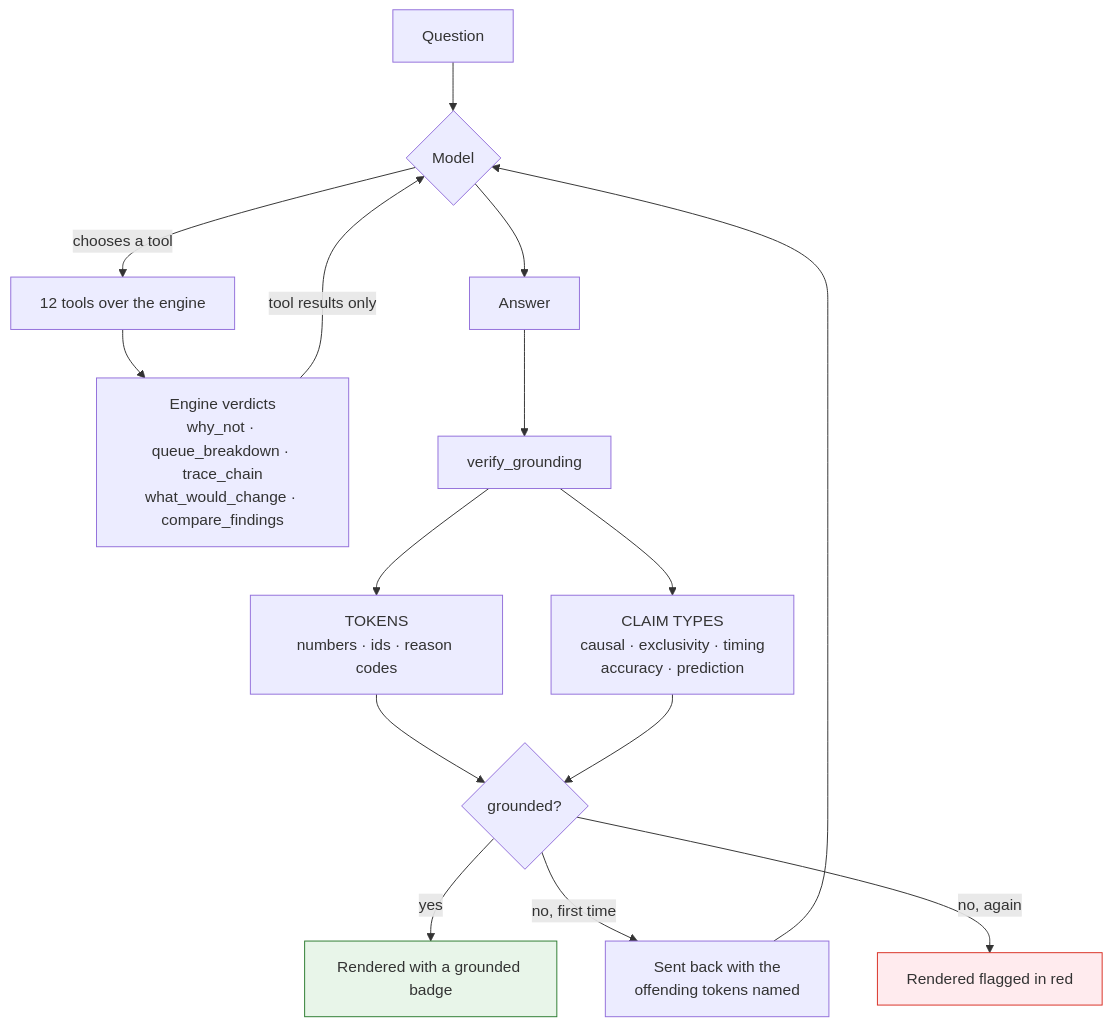
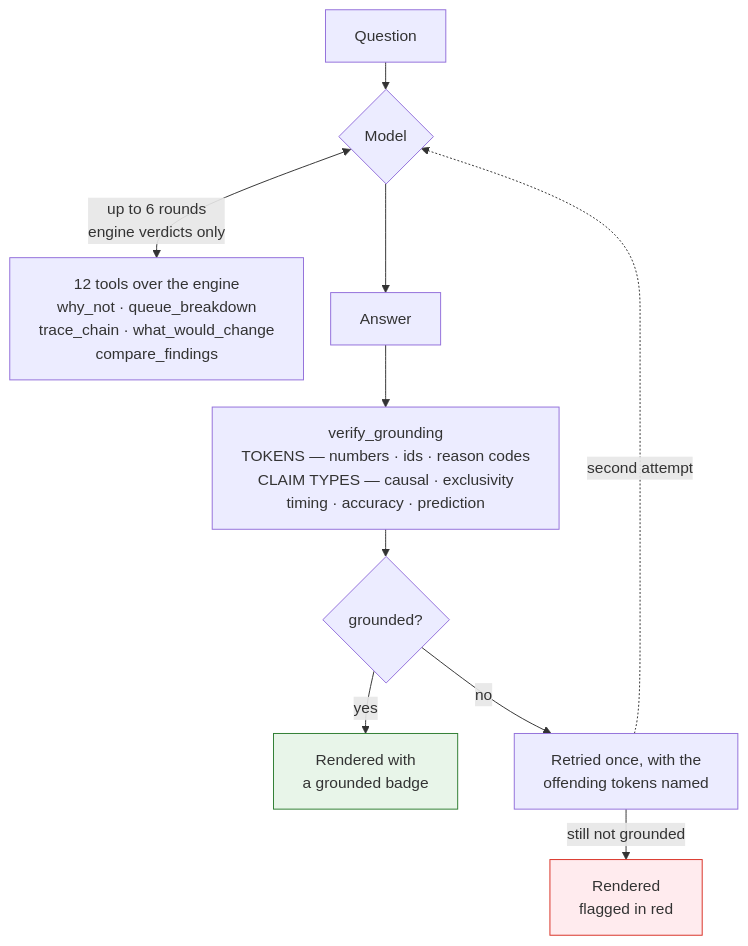
The fourth of 4 diagrams in README.md (Pulastya-B/FinRecon), drawn with Mermaid before and after one commit. The commit also changed other lines of this file, not shown here.

````diff
--- a/README.md
+++ b/README.md
@@ -287,22 +284,16 @@
 ```mermaid
-flowchart TD
+%%{init: {"flowchart": {"rankSpacing": 28, "nodeSpacing": 28, "wrappingWidth": 320}}}%%
+flowchart TB
     Q["Question"] --> M{"Model"}
-    M -->|chooses a tool| T["12 tools over the engine"]
-    T --> E["Engine verdicts<br/>why_not · queue_breakdown · trace_chain<br/>what_would_change · compare_findings"]
-    E -->|tool results only| M
+    M <-->|"up to 6 rounds<br/>engine verdicts only"| T["12 tools over the engine<br/>why_not · queue_breakdown<br/>trace_chain · what_would_change<br/>compare_findings"]
     M --> A["Answer"]
-    A --> V["verify_grounding"]
-
-    V --> N["TOKENS<br/>numbers · ids · reason codes"]
-    V --> CL["CLAIM TYPES<br/>causal · exclusivity · timing<br/>accuracy · prediction"]
-
-    N --> OK{"grounded?"}
-    CL --> OK
-    OK -->|yes| SHIP["Rendered with a grounded badge"]
-    OK -->|"no, first time"| RETRY["Sent back with the<br/>offending tokens named"]
-    RETRY --> M
-    OK -->|"no, again"| FLAG["Rendered flagged in red"]
+    A --> V["verify_grounding<br/>TOKENS — numbers · ids · reason codes<br/>CLAIM TYPES — causal · exclusivity<br/>timing · accuracy · prediction"]
+    V --> OK{"grounded?"}
+    OK -->|yes| SHIP["Rendered with<br/>a grounded badge"]
+    OK -->|no| RETRY["Retried once, with the<br/>offending tokens named"]
+    RETRY -->|"still not grounded"| FLAG["Rendered<br/>flagged in red"]
+    RETRY -.->|"second attempt"| M
 
     style SHIP fill:#e8f5e9,stroke:#2e7d32
     style FLAG fill:#ffebee,stroke:#d93025
 ```
````
